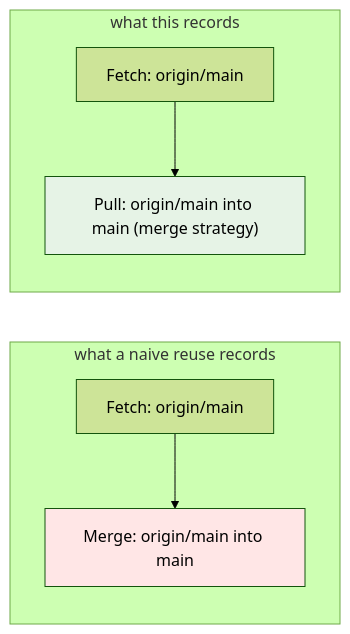
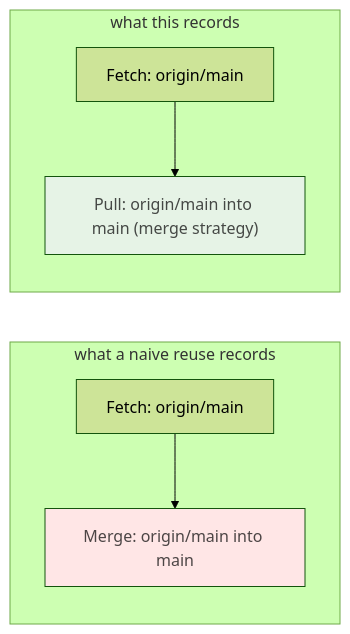
One commit to tom2025b/git-vista changed the ninth of 10 diagrams in docs/adr/0044-pull-execution.md. Above: the diagram before and after it, drawn with Mermaid (forest theme). The commit also changed other lines of this file and 21 other files, not shown here.

````diff
--- a/docs/adr/0044-pull-execution.md
+++ b/docs/adr/0044-pull-execution.md
@@ -401,11 +401,11 @@
 ```mermaid
 flowchart LR
     subgraph WRONG["what a naive reuse records"]
         A1["Fetch: origin/main"] --> A2["Merge: origin/main into main"]
-        style A2 fill:#ffe6e6
+        style A2 fill:#ffe6e6,color:#4c4545
     end
     subgraph RIGHT["what this records"]
         B1["Fetch: origin/main"] --> B2["Pull: origin/main into main (merge strategy)"]
-        style B2 fill:#e6f3e6
+        style B2 fill:#e6f3e6,color:#454845
     end
 ```
````
